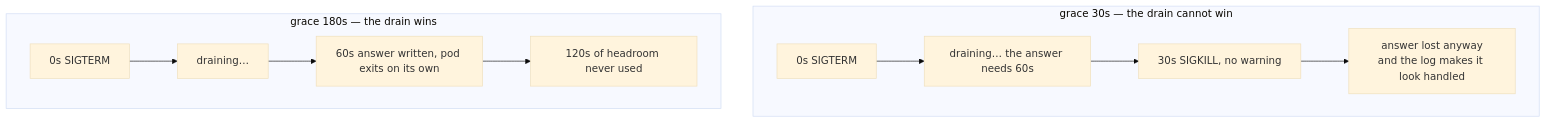
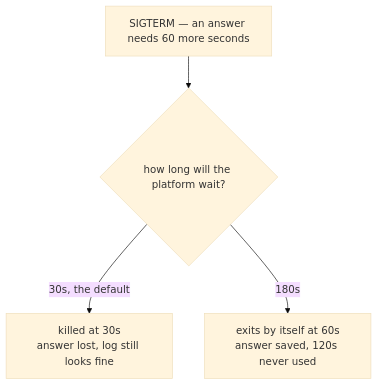
One commit to selvakumarperumal/Corporate_Filing_Analyzer_Agent changed the sixth of 15 diagrams in docs/TESTING-SCALING.md. Above: the diagram before and after it, drawn with Mermaid (base theme). The commit also changed other lines of this file, not shown here.

Commit message:
docs: streamline scaling test guide with plain-language summaries, settings tables, and clear architectural diagrams

````diff
--- a/docs/TESTING-SCALING.md
+++ b/docs/TESTING-SCALING.md
@@ -518,13 +573,6 @@
 ```mermaid
 flowchart TB
-  subgraph bad["grace 30s — the drain cannot win"]
-    B0["0s SIGTERM"] --> B1["draining… the answer needs 60s"]
-    B1 --> B2["30s SIGKILL, no warning"]
-    B2 --> B3["answer lost anyway<br/>and the log makes it look handled"]
-  end
-  subgraph good["grace 180s — the drain wins"]
-    G0["0s SIGTERM"] --> G1["draining…"]
-    G1 --> G2["60s answer written, pod exits on its own"]
-    G2 --> G3["120s of headroom never used"]
-  end
+  T["SIGTERM — an answer needs 60 more seconds"] --> S{"how long will the platform wait?"}
+  S -->|"30s, the default"| K["killed at 30s<br/>answer lost, log still looks fine"]
+  S -->|"180s"| G["exits by itself at 60s<br/>answer saved, 120s never used"]
 ```
````
